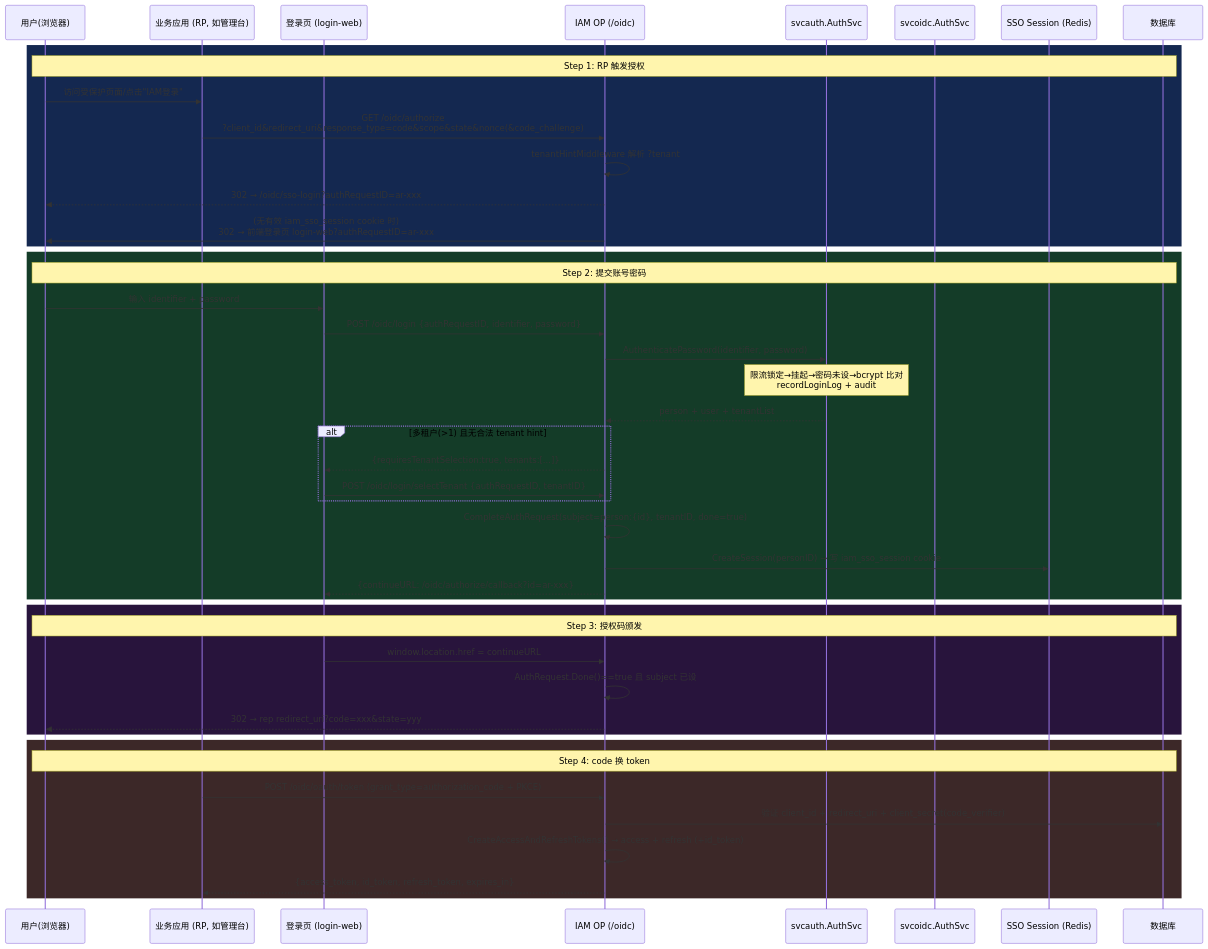
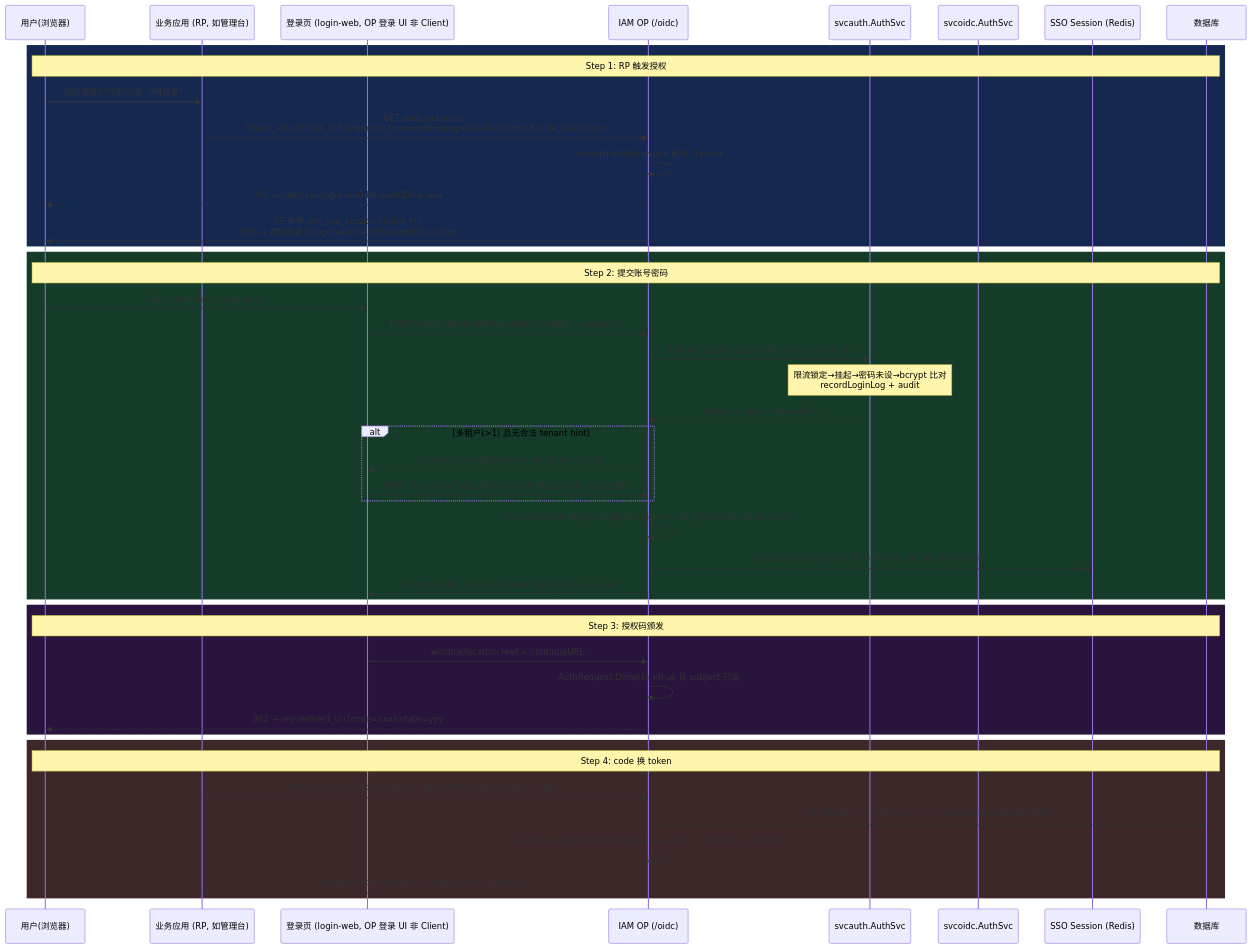
The first of 2 diagrams in docs/design/iam-login-flow.md (morehao/ark-iam), drawn with Mermaid before and after one commit. The commit also changed other lines of this file and 8 other files, not shown here.

First line of the commit message:
refactor(oidc): drop login-web OIDC client, align to OP-hosted login UI (#28)

````diff
--- a/docs/design/iam-login-flow.md
+++ b/docs/design/iam-login-flow.md
@@ -50,51 +51,51 @@
 ```mermaid
 sequenceDiagram
     participant User as 用户(浏览器)
     participant RP as 业务应用 (RP, 如管理台)
-    participant LP as 登录页 (login-web)
+    participant LP as 登录页 (login-web, OP 登录 UI 非 Client)
     participant IAM as IAM OP (/oidc)
     participant AuthSvc as svcauth.AuthSvc
     participant Svc as svcoidc.AuthSvc
     participant SSO as SSO Session (Redis)
     participant DB as 数据库
 
     rect rgb(20, 40, 80)
         Note over User,DB: Step 1: RP 触发授权
         User->>RP: 访问受保护页面/点击"IAM登录"
         RP->>IAM: GET /oidc/authorize<br/>?client_id&redirect_uri&response_type=code&scope&state&nonce(&code_challenge)
         IAM->>IAM: tenantHintMiddleware 解析 ?tenant
         IAM-->>User: 302 → /oidc/sso-login?authRequestID=ar-xxx
         IAM->>User: (无有效 iam_sso_session cookie 时)<br/>302 → 前端登录页 login-web?authRequestID=ar-xxx
     end
 
     rect rgb(20, 60, 40)
         Note over User,DB: Step 2: 提交账号密码
         User->>LP: 输入 identifier + password
         LP->>IAM: POST /oidc/login {authRequestID, identifier, password}
         IAM->>AuthSvc: AuthenticatePassword(identifier, password)
         Note over AuthSvc: 限流锁定→挂起→密码未设→bcrypt 比对<br/>recordLoginLog + audit
         AuthSvc-->>IAM: person + user + tenantList
         alt 多租户(>1) 且无合法 tenant hint
             IAM-->>LP: {requiresTenantSelection:true, tenants:[...]}
             LP->>IAM: POST /oidc/login/selectTenant {authRequestID, tenantID}
         end
         IAM->>IAM: CompleteAuthRequest(subject=person:{id}, tenantID, done=true)
         IAM->>SSO: CreateSession(personID) → 写 iam_sso_session cookie
         IAM-->>LP: {continueURL: /oidc/authorize/callback?id=ar-xxx}
     end
 
     rect rgb(40, 20, 60)
         Note over User,DB: Step 3: 授权码颁发
         LP->>IAM: window.location.href = continueURL
         IAM->>IAM: AuthRequest.Done()==true 且 subject 已设
         IAM-->>User: 302 → rep redirect_uri?code=xxx&state=yyy
     end
 
     rect rgb(60, 40, 40)
         Note over User,DB: Step 4: code 换 token
         RP->>IAM: POST /oidc/oauth/token (grant_type=authorization_code + PKCE)
         IAM->>DB: 验证 client_id + redirect_uri + client_secret(code_verifier)
         IAM->>IAM: CreateAccessAndRefreshTokens() → access + refresh (+id_token)
         IAM-->>RP: {access_token, id_token, refresh_token, expires_in}
     end
 ```
````
